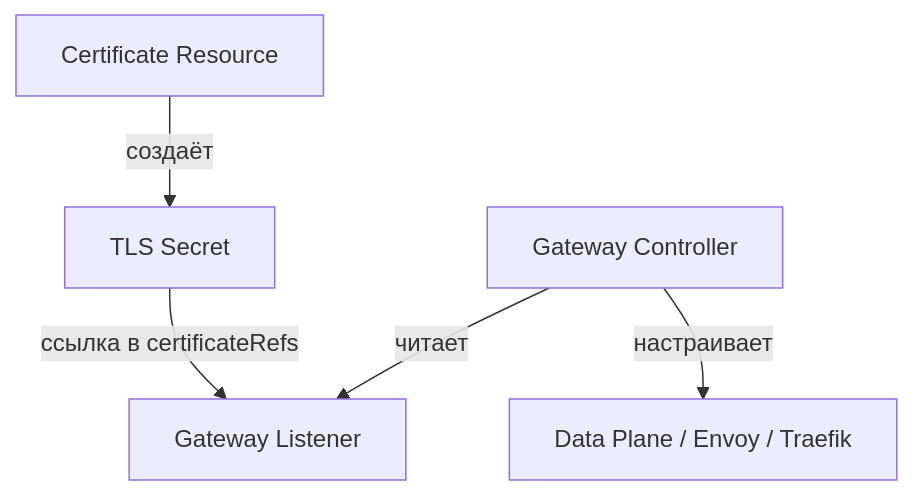
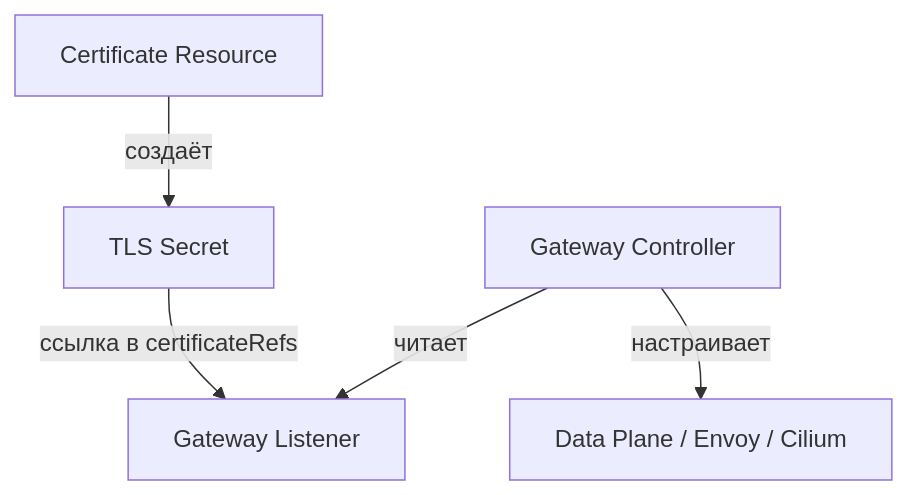
The diagram in Kubernetes/ToolsUtilities/cert_manager/gateway_api/practical_scenarios.md (37signalsS/notes), drawn with Mermaid before and after one commit. The commit also changed other lines of this file and 770 other files, not shown here.

````diff
--- a/Kubernetes/ToolsUtilities/cert_manager/gateway_api/practical_scenarios.md
+++ b/Kubernetes/ToolsUtilities/cert_manager/gateway_api/practical_scenarios.md
@@ -33,7 +39,7 @@
 ```mermaid
 graph TD
     A[Certificate Resource] -->|создаёт| B[TLS Secret]
     B -->|ссылка в certificateRefs| C[Gateway Listener]
     D[Gateway Controller] -->|читает| C
-    D -->|настраивает| E[Data Plane / Envoy / Traefik]
+    D -->|настраивает| E[Data Plane / Envoy / Cilium]
 ```
````
